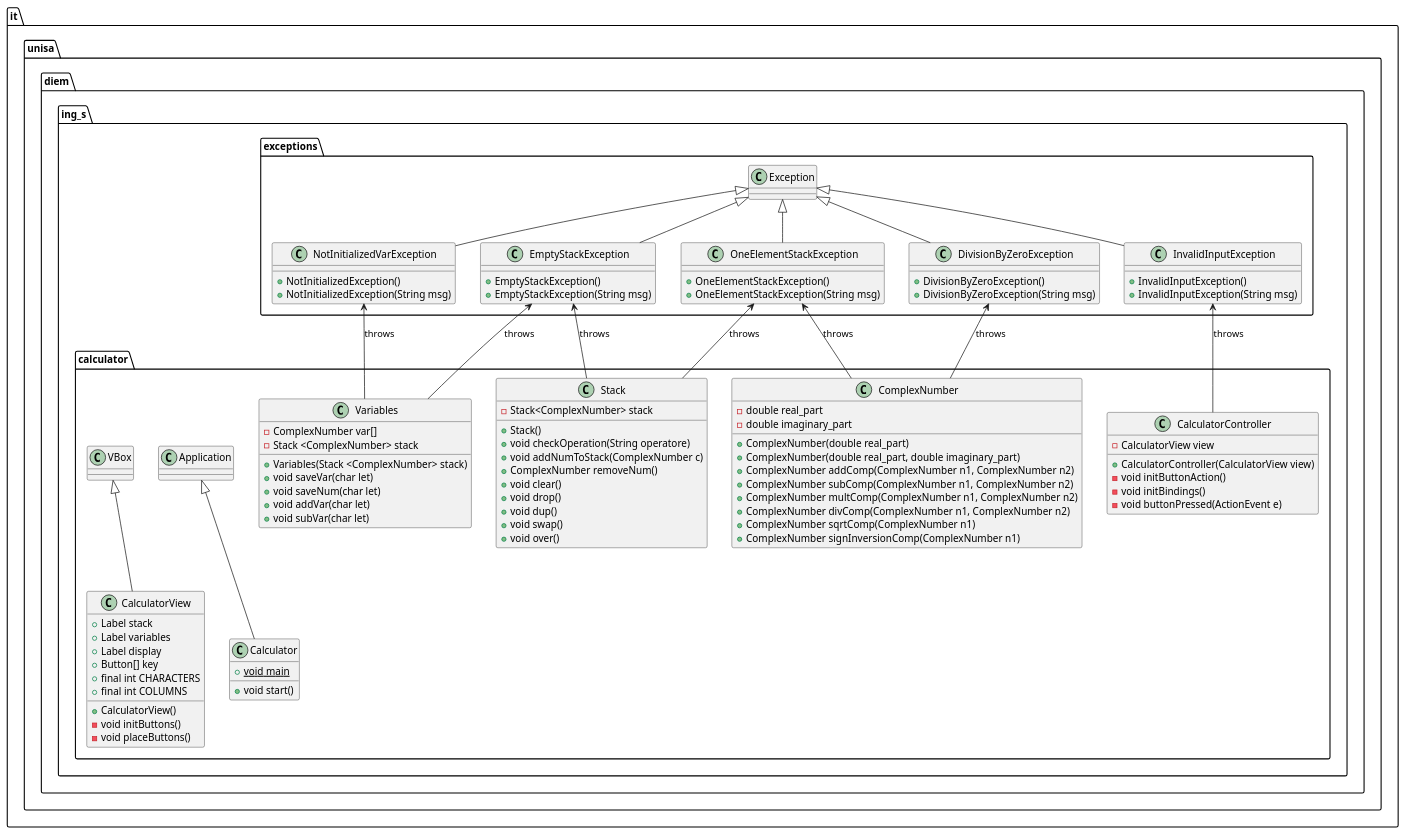
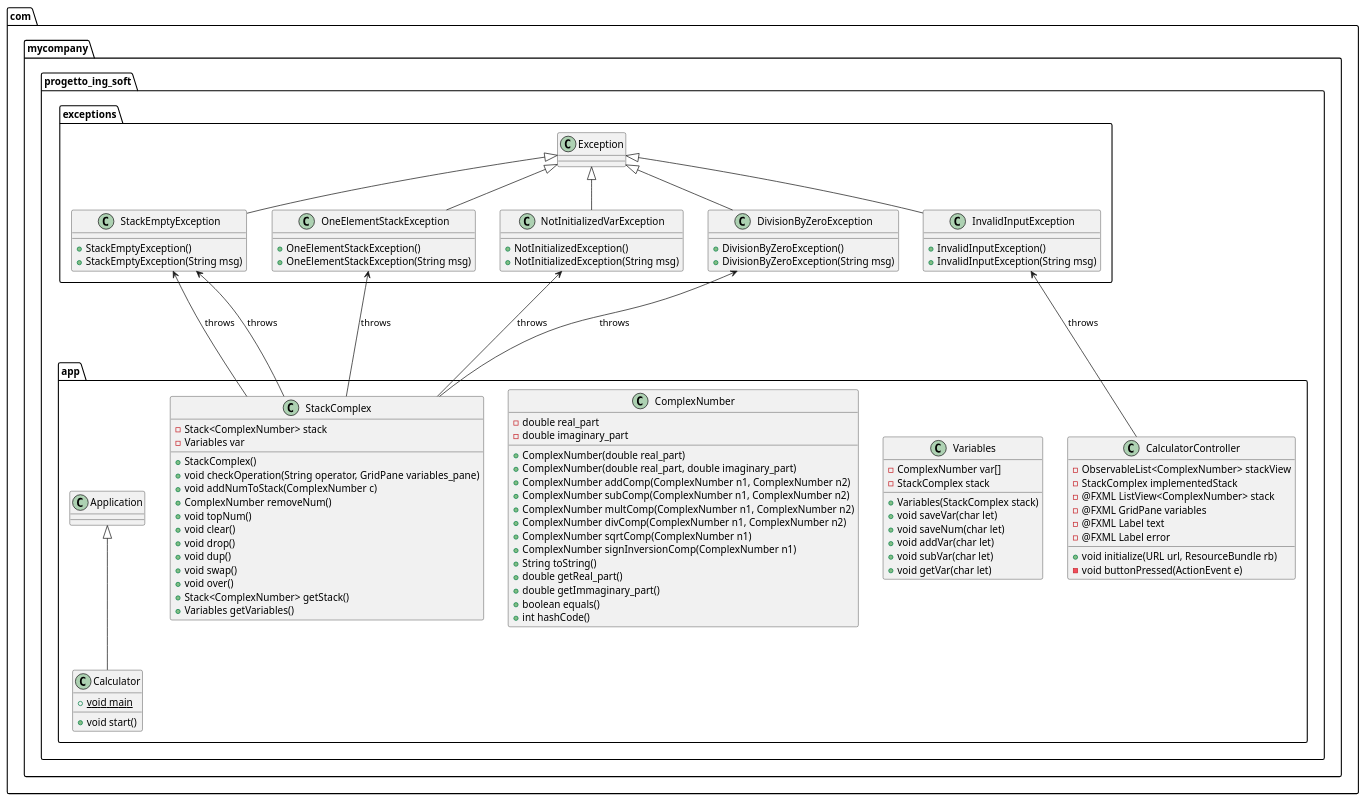
The diagram in Class_Diagram_UML/Class Diagrams/Class_Diagram_PlantUML.puml (Tonio92345/Gruppo21_Progetto_IngSoftware), drawn with PlantUML before and after one commit.

Commit message:
Class Diagram Last Version

```diff
--- a/Class_Diagram_UML/Class Diagrams/Class_Diagram_PlantUML.puml
+++ b/Class_Diagram_UML/Class Diagrams/Class_Diagram_PlantUML.puml
@@ -1,122 +1,118 @@
 @startuml
 
 top to bottom direction
 
-package it.unisa.diem.ing_s.calculator{
+package com.mycompany.progetto_ing_soft.app{
     
     class Calculator{
         + void start()
         + void {static} main
     }
 
-    class Stack{
+    class StackComplex{
         - Stack<ComplexNumber> stack
-        + Stack()
-        + void checkOperation(String operatore)
+        - Variables var
+        + StackComplex()
+        + void checkOperation(String operator, GridPane variables_pane)
         + void addNumToStack(ComplexNumber c)
         + ComplexNumber removeNum()
+        + void topNum()
         + void clear()
         + void drop()
         + void dup()
         + void swap()
         + void over()
+        + Stack<ComplexNumber> getStack()
+        + Variables getVariables()
     }
 
     class Variables{
         - ComplexNumber var[]
-        - Stack <ComplexNumber> stack
-        + Variables(Stack <ComplexNumber> stack)
+        - StackComplex stack
+        + Variables(StackComplex stack)
         + void saveVar(char let)
         + void saveNum(char let)
         + void addVar(char let)
         + void subVar(char let)
+        + void getVar(char let)
     }
 
     class ComplexNumber{
         - double real_part
         - double imaginary_part
         + ComplexNumber(double real_part)
         + ComplexNumber(double real_part, double imaginary_part)
         + ComplexNumber addComp(ComplexNumber n1, ComplexNumber n2)
         + ComplexNumber subComp(ComplexNumber n1, ComplexNumber n2)
         + ComplexNumber multComp(ComplexNumber n1, ComplexNumber n2)
         + ComplexNumber divComp(ComplexNumber n1, ComplexNumber n2)
         + ComplexNumber sqrtComp(ComplexNumber n1)
         + ComplexNumber signInversionComp(ComplexNumber n1)
+        + String toString()
+        + double getReal_part()
+        + double getImmaginary_part()
+        + boolean equals()
+        + int hashCode()
     }
 
     class CalculatorController{
-        - CalculatorView view
-        + CalculatorController(CalculatorView view)
-        - void initButtonAction()
-        - void initBindings()
+        - ObservableList<ComplexNumber> stackView
+        - StackComplex implementedStack
+        - @FXML ListView<ComplexNumber> stack
+        - @FXML GridPane variables
+        - @FXML Label text
+        - @FXML Label error
+        + void initialize(URL url, ResourceBundle rb)
         - void buttonPressed(ActionEvent e)
-    }
-    
-    class CalculatorView{
-        + Label stack
-        + Label variables
-        + Label display
-        + Button[] key
-        + final int CHARACTERS
-        + final int COLUMNS
-        + CalculatorView()
-        - void initButtons()
-        - void placeButtons()
     }
 
     class Application{
     }
-
-    class VBox{
-    }
 }
 
-package it.unisa.diem.ing_s.exceptions{
+package com.mycompany.progetto_ing_soft.exceptions{
 
     class NotInitializedVarException{
         + NotInitializedException()
         + NotInitializedException(String msg)
     }
 
-    class EmptyStackException{
-        + EmptyStackException()
-        + EmptyStackException(String msg)
+    class StackEmptyException{
+        + StackEmptyException()
+        + StackEmptyException(String msg)
     }
 
     class OneElementStackException{
         + OneElementStackException()
         + OneElementStackException(String msg)
     }
 
     class InvalidInputException{
         + InvalidInputException()
         + InvalidInputException(String msg)
     }
 
     class DivisionByZeroException{
         + DivisionByZeroException()
         + DivisionByZeroException(String msg)
     }
 
     class Exception{
     }
 
-    NotInitializedVarException <-- Variables : throws
-    EmptyStackException <-- Variables : throws
-    EmptyStackException <-- Stack : throws
-    OneElementStackException <-- Stack : throws
-    OneElementStackException <-- ComplexNumber : throws
-    DivisionByZeroException <-- ComplexNumber : throws
+    NotInitializedVarException <--- StackComplex : throws
+    StackEmptyException <--- StackComplex : throws
+    StackEmptyException <--- StackComplex : throws
+    OneElementStackException <--- StackComplex : throws
+    DivisionByZeroException <--- StackComplex : throws
     InvalidInputException <-- CalculatorController : throws
     
     Application <|-- Calculator
-    VBox <|-- CalculatorView
     Exception <|-- NotInitializedVarException
-    Exception <|-- EmptyStackException
+    Exception <|-- StackEmptyException
     Exception <|-- OneElementStackException
     Exception <|-- InvalidInputException
     Exception <|-- DivisionByZeroException
 }
 
 @enduml
```
